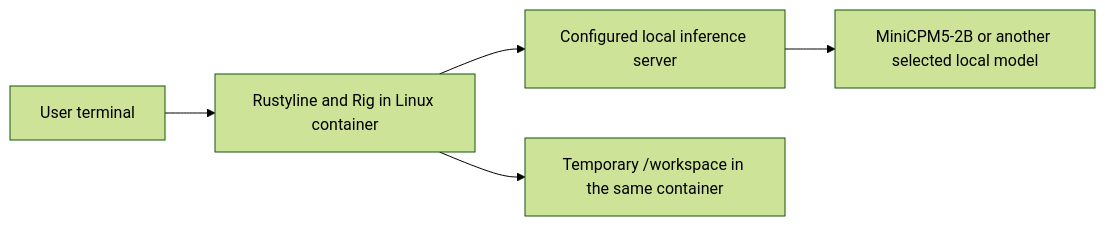
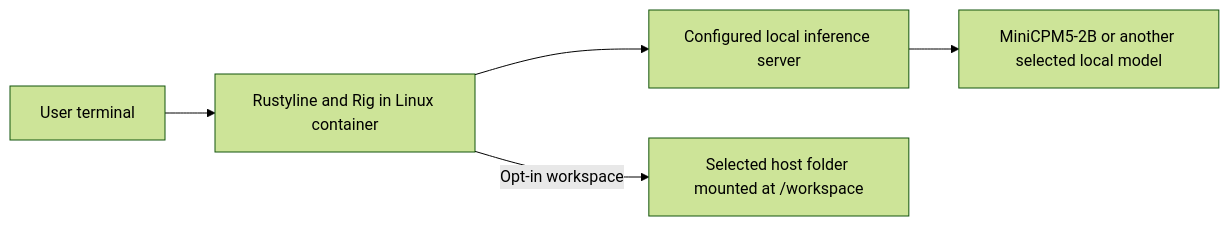
The diagram in openspec/changes/local-model-chat-poc/design.md (sysung/piarre), drawn with Mermaid (forest theme) before and after one commit. The commit also changed other lines of this file and 10 other files, not shown here.

Commit message:
feat(workspace): link persistent host folders with file permissions

````diff
--- a/openspec/changes/local-model-chat-poc/design.md
+++ b/openspec/changes/local-model-chat-poc/design.md
@@ -28,7 +28,7 @@
 ```mermaid
 flowchart LR
   U[User terminal] --> H[Rustyline and Rig in Linux container]
   H --> R[Configured local inference server]
   R --> Q[MiniCPM5-2B or another selected local model]
-  H --> W[Temporary /workspace in the same container]
+  H -->|Opt-in workspace| W[Selected host folder mounted at /workspace]
 ```
````
